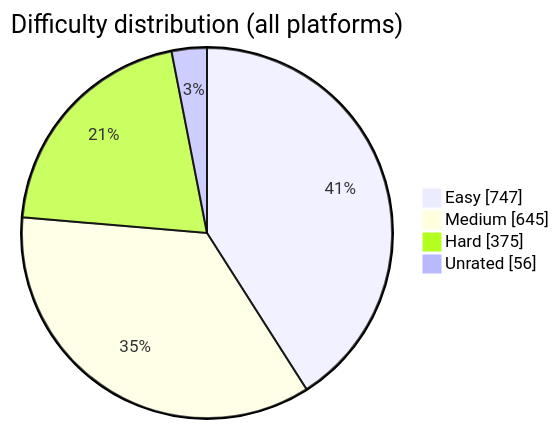
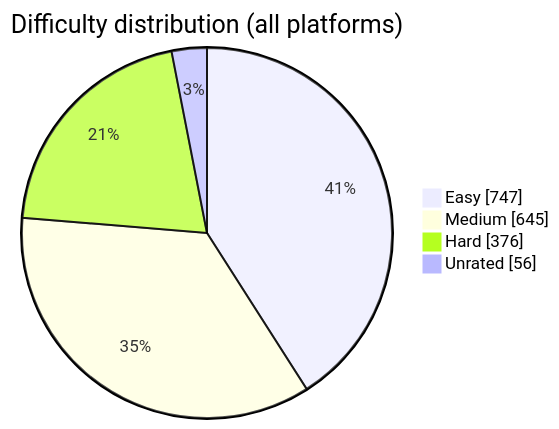
Before and after one commit to BuildbyArindam/Daily-Coding-Log: the diagram in README.md, drawn with Mermaid. The commit also changed other lines of this file, not shown here.

````diff
--- a/README.md
+++ b/README.md
@@ -108,7 +108,7 @@
 ```mermaid
 pie showData title Difficulty distribution (all platforms)
     "Easy" : 747
     "Medium" : 645
-    "Hard" : 375
+    "Hard" : 376
     "Unrated" : 56
 ```
````
